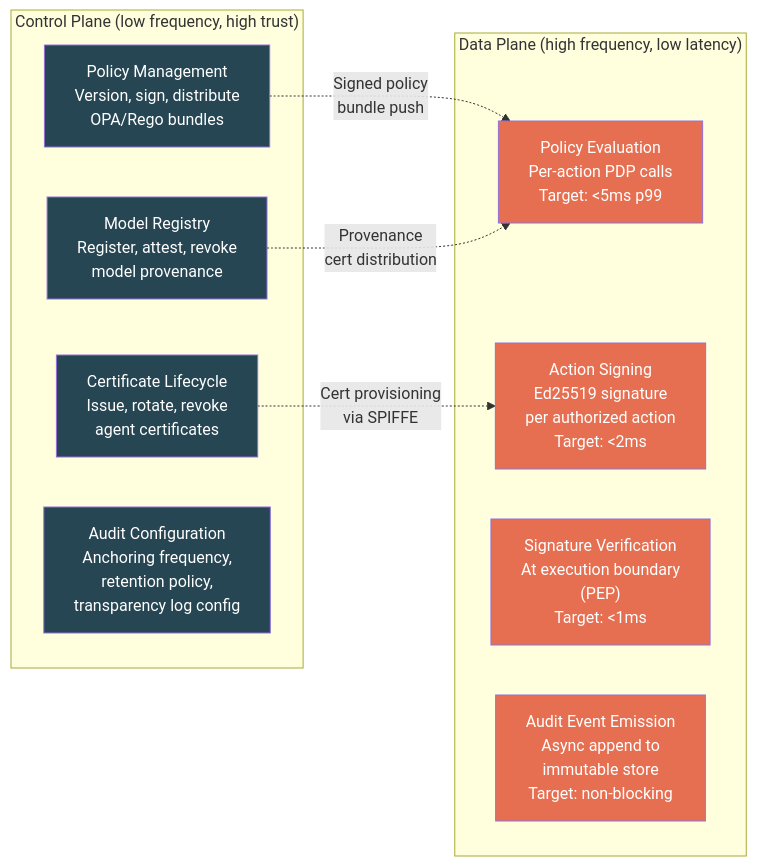
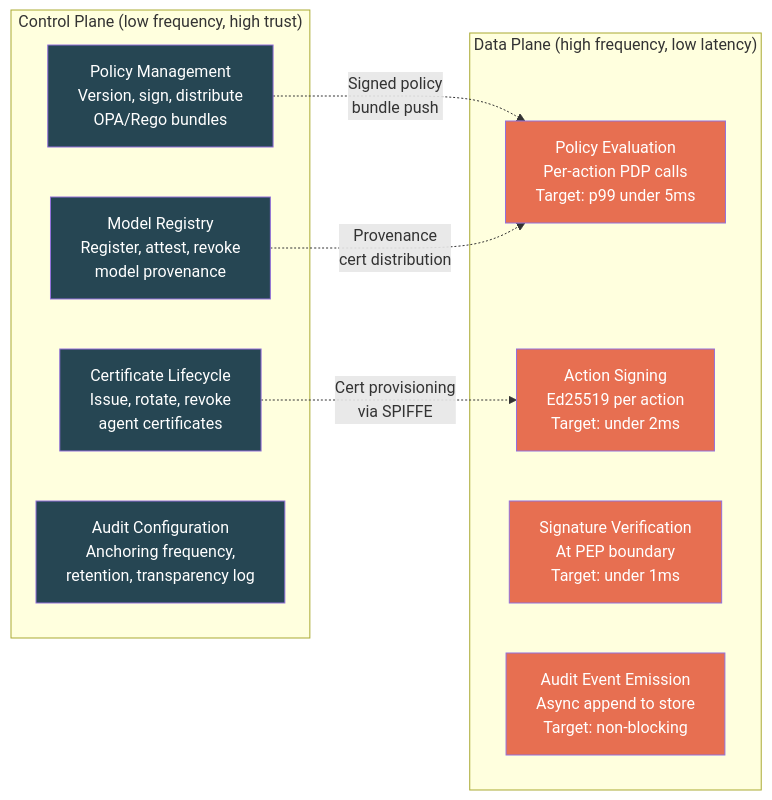
The seventh of 16 diagrams in cryptographic-trust-layer-thesis.md (kjayashr/cryptographic-trust-layer), drawn with Mermaid before and after one commit. The commit also changed other lines of this file, not shown here.

First line of the commit message:
Fix mermaid diagrams and add 10,000ft architecture overview

````diff
--- a/cryptographic-trust-layer-thesis.md
+++ b/cryptographic-trust-layer-thesis.md
@@ -222,29 +274,29 @@
 ```mermaid
 graph LR
     subgraph "Control Plane (low frequency, high trust)"
-        CP1["Policy Management\nVersion, sign, distribute\nOPA/Rego bundles"]
-        CP2["Certificate Lifecycle\nIssue, rotate, revoke\nagent certificates"]
-        CP3["Model Registry\nRegister, attest, revoke\nmodel provenance"]
-        CP4["Audit Configuration\nAnchoring frequency,\nretention policy,\ntransparency log config"]
+        CP1["Policy Management<br/>Version, sign, distribute<br/>OPA/Rego bundles"]
+        CP2["Certificate Lifecycle<br/>Issue, rotate, revoke<br/>agent certificates"]
+        CP3["Model Registry<br/>Register, attest, revoke<br/>model provenance"]
+        CP4["Audit Configuration<br/>Anchoring frequency,<br/>retention, transparency log"]
     end
 
     subgraph "Data Plane (high frequency, low latency)"
-        DP1["Policy Evaluation\nPer-action PDP calls\nTarget: <5ms p99"]
-        DP2["Action Signing\nEd25519 signature\nper authorized action\nTarget: <2ms"]
-        DP3["Signature Verification\nAt execution boundary\n(PEP)\nTarget: <1ms"]
-        DP4["Audit Event Emission\nAsync append to\nimmutable store\nTarget: non-blocking"]
+        DP1["Policy Evaluation<br/>Per-action PDP calls<br/>Target: p99 under 5ms"]
+        DP2["Action Signing<br/>Ed25519 per action<br/>Target: under 2ms"]
+        DP3["Signature Verification<br/>At PEP boundary<br/>Target: under 1ms"]
+        DP4["Audit Event Emission<br/>Async append to store<br/>Target: non-blocking"]
     end
 
-    CP1 -.->|"Signed policy\nbundle push"| DP1
-    CP2 -.->|"Cert provisioning\nvia SPIFFE"| DP2
-    CP3 -.->|"Provenance\ncert distribution"| DP1
+    CP1 -.->|"Signed policy<br/>bundle push"| DP1
+    CP2 -.->|"Cert provisioning<br/>via SPIFFE"| DP2
+    CP3 -.->|"Provenance<br/>cert distribution"| DP1
 
     style CP1 fill:#264653,color:#fff
     style CP2 fill:#264653,color:#fff
     style CP3 fill:#264653,color:#fff
     style CP4 fill:#264653,color:#fff
     style DP1 fill:#e76f51,color:#fff
     style DP2 fill:#e76f51,color:#fff
     style DP3 fill:#e76f51,color:#fff
     style DP4 fill:#e76f51,color:#fff
 ```
````
